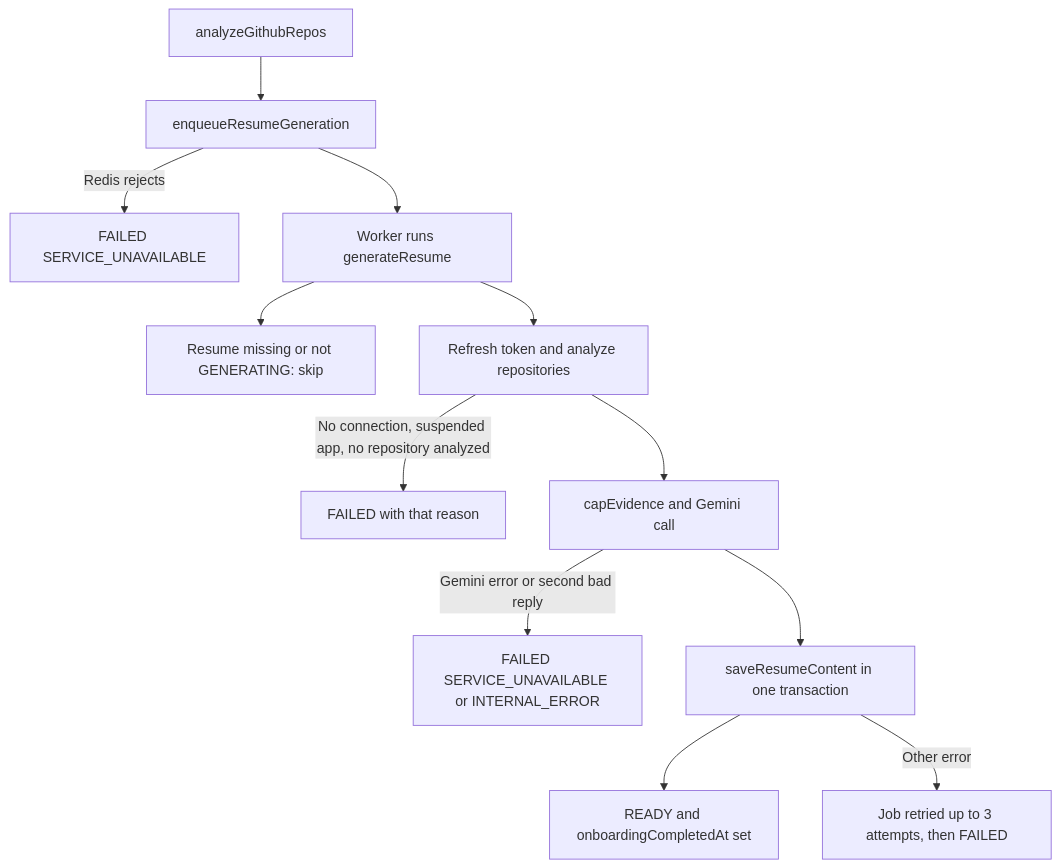
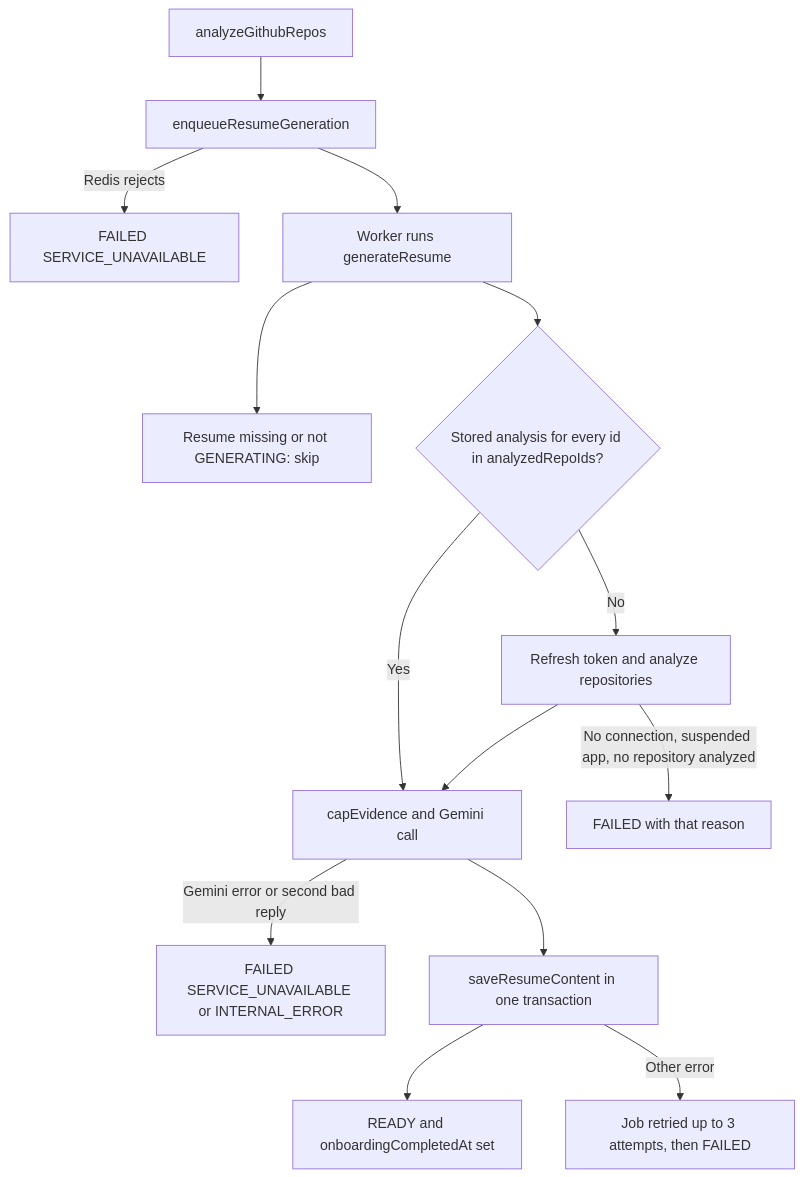
One commit to myusubov/tailorcv changed the third of 4 diagrams in docs/architecture/onboarding/README.md. Above: the diagram before and after it, drawn with Mermaid. The commit also changed other lines of this file and 21 other files, not shown here.

````diff
--- a/docs/architecture/onboarding/README.md
+++ b/docs/architecture/onboarding/README.md
@@ -106,14 +107,16 @@
 ```mermaid
 flowchart TD
   Analyze[analyzeGithubRepos] --> Enqueue[enqueueResumeGeneration]
   Enqueue -->|Redis rejects| Failed1[FAILED SERVICE_UNAVAILABLE]
   Enqueue --> Worker[Worker runs generateResume]
   Worker --> Skip[Resume missing or not GENERATING: skip]
-  Worker --> Github[Refresh token and analyze repositories]
+  Worker --> Reuse{Stored analysis for every id in analyzedRepoIds?}
+  Reuse -->|Yes| Gemini
+  Reuse -->|No| Github[Refresh token and analyze repositories]
   Github -->|No connection, suspended app, no repository analyzed| Failed2[FAILED with that reason]
   Github --> Gemini[capEvidence and Gemini call]
   Gemini -->|Gemini error or second bad reply| Failed3[FAILED SERVICE_UNAVAILABLE or INTERNAL_ERROR]
   Gemini --> Save[saveResumeContent in one transaction]
   Save --> Ready[READY and onboardingCompletedAt set]
   Save -->|Other error| Retry[Job retried up to 3 attempts, then FAILED]
 ```
````
